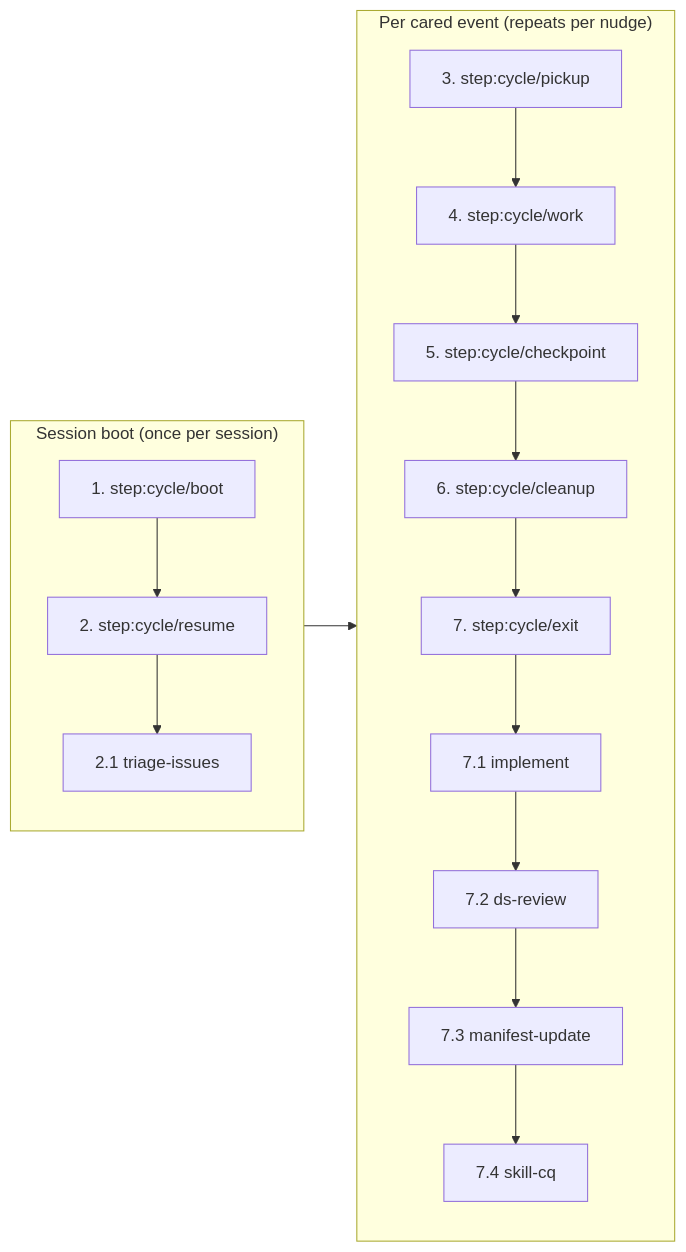
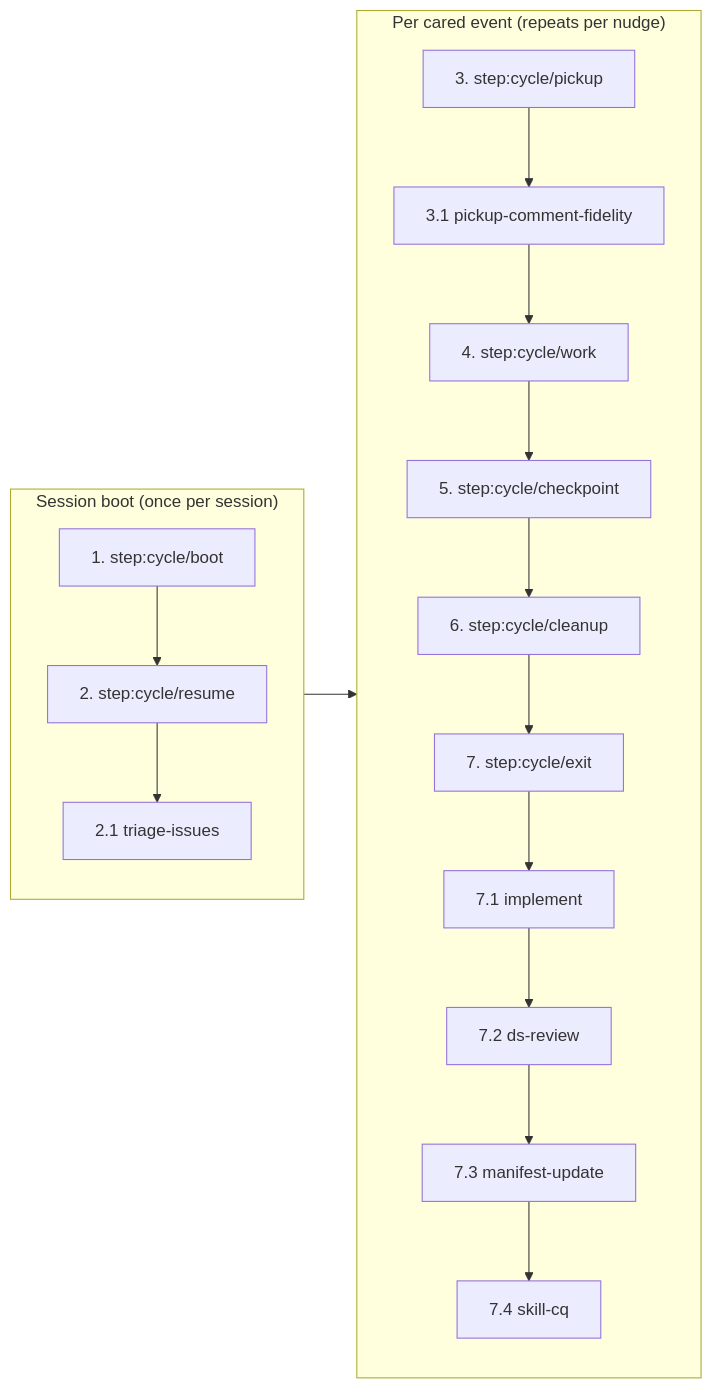
Before and after one commit to WallyDoodlez/SquidSquad: the fourth of 4 diagrams in .squidsquad/skill/CLAUDE.linked.md, drawn with Mermaid. The commit also changed other lines of this file and 12 other files, not shown here.

````diff
--- a/.squidsquad/skill/CLAUDE.linked.md
+++ b/.squidsquad/skill/CLAUDE.linked.md
@@ -412,30 +412,32 @@
 ```mermaid
 flowchart LR
     subgraph SessionBoot["Session boot (once per session)"]
         S1["1. step:cycle/boot"]
         S2["2. step:cycle/resume"]
         S2_1["2.1 triage-issues"]
     end
     subgraph WalkLoop["Per cared event (repeats per nudge)"]
         S3["3. step:cycle/pickup"]
+        S3_1["3.1 pickup-comment-fidelity"]
         S4["4. step:cycle/work"]
         S5["5. step:cycle/checkpoint"]
         S6["6. step:cycle/cleanup"]
         S7["7. step:cycle/exit"]
         S7_1["7.1 implement"]
         S7_2["7.2 ds-review"]
         S7_3["7.3 manifest-update"]
         S7_4["7.4 skill-cq"]
     end
     S1 --> S2
     S2 --> S2_1
-    S3 --> S4
+    S3 --> S3_1
+    S3_1 --> S4
     S4 --> S5
     S5 --> S6
     S6 --> S7
     S7 --> S7_1
     S7_1 --> S7_2
     S7_2 --> S7_3
     S7_3 --> S7_4
     SessionBoot --> WalkLoop
 ```
````
